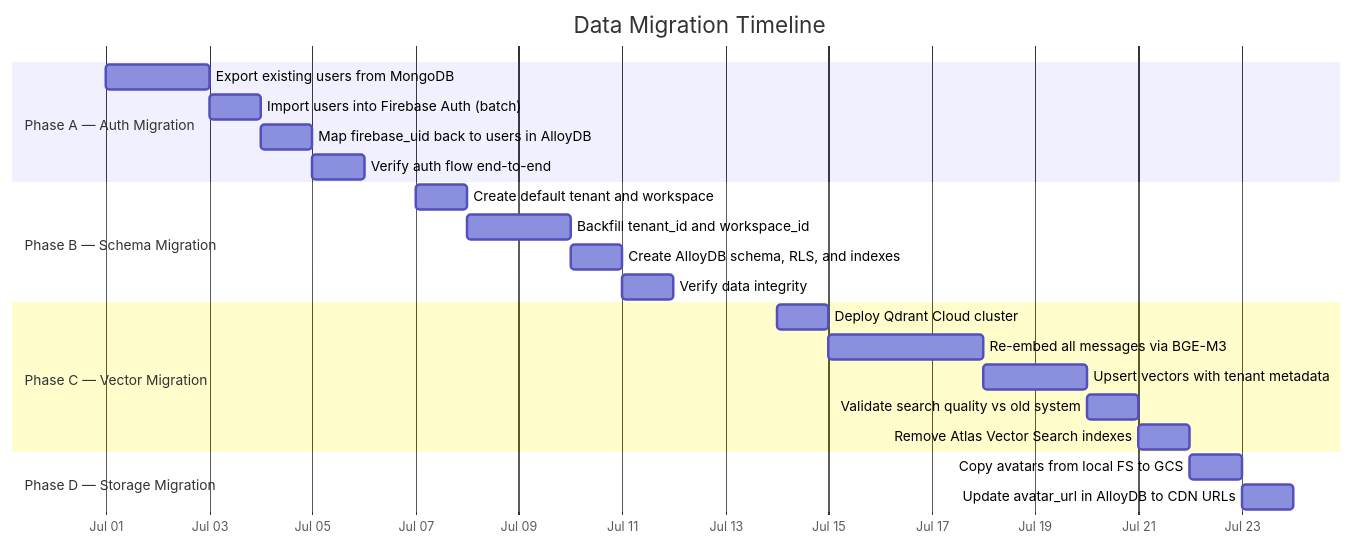
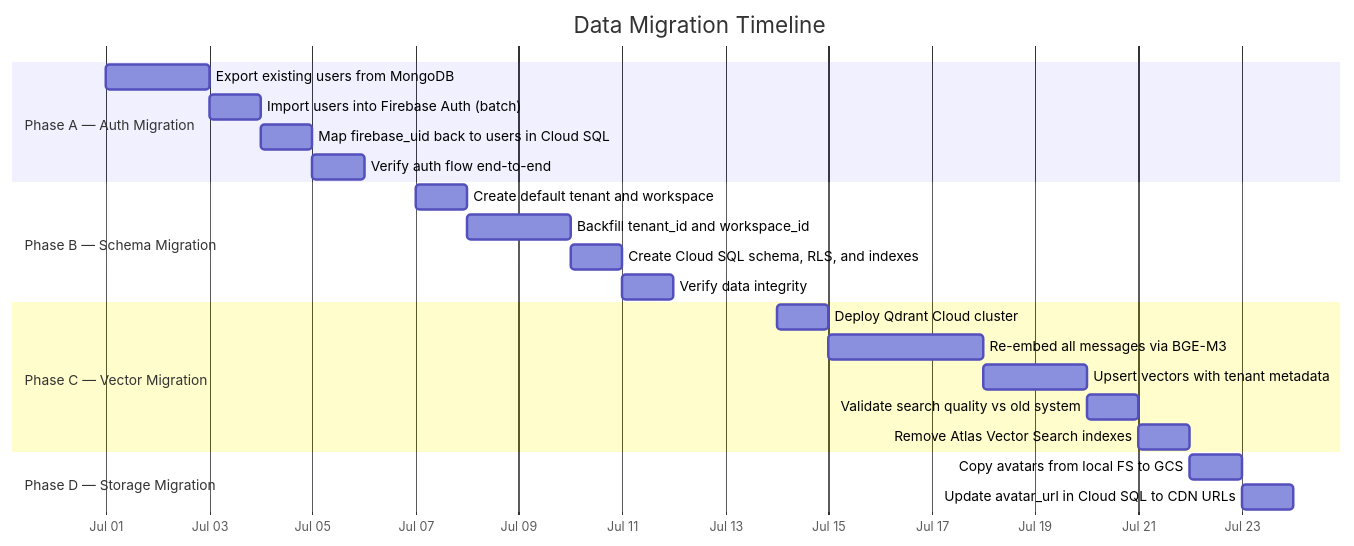
Diagram 22 of 24 in ARCHITECTURE.md (Nexus-chat-5039/Nexus-chat), drawn with Mermaid before and after one commit. The commit also changed other lines of this file and 38 other files, not shown here.

Commit message:
feat: implement minimal architecture with custom JWT auth

````diff
--- a/ARCHITECTURE.md
+++ b/ARCHITECTURE.md
@@ -1629,29 +1741,29 @@
 ```mermaid
 gantt
     title Data Migration Timeline
     dateFormat  YYYY-MM-DD
     axisFormat  %b %d
 
     section Phase A — Auth Migration
     Export existing users from MongoDB       :m1, 2026-07-01, 2d
     Import users into Firebase Auth (batch)  :m2, 2026-07-03, 1d
-    Map firebase_uid back to users in AlloyDB   :m3, 2026-07-04, 1d
+    Map firebase_uid back to users in Cloud SQL   :m3, 2026-07-04, 1d
     Verify auth flow end-to-end              :m4, 2026-07-05, 1d
 
     section Phase B — Schema Migration
     Create default tenant and workspace      :m5, 2026-07-07, 1d
     Backfill tenant_id and workspace_id      :m6, 2026-07-08, 2d
-    Create AlloyDB schema, RLS, and indexes               :m7, 2026-07-10, 1d
+    Create Cloud SQL schema, RLS, and indexes               :m7, 2026-07-10, 1d
     Verify data integrity                    :m8, 2026-07-11, 1d
 
     section Phase C — Vector Migration
     Deploy Qdrant Cloud cluster              :m9, 2026-07-14, 1d
     Re-embed all messages via BGE-M3         :m10, 2026-07-15, 3d
     Upsert vectors with tenant metadata      :m11, 2026-07-18, 2d
     Validate search quality vs old system    :m12, 2026-07-20, 1d
     Remove Atlas Vector Search indexes       :m13, 2026-07-21, 1d
 
     section Phase D — Storage Migration
     Copy avatars from local FS to GCS        :m14, 2026-07-22, 1d
-    Update avatar_url in AlloyDB to CDN URLs :m15, 2026-07-23, 1d
+    Update avatar_url in Cloud SQL to CDN URLs :m15, 2026-07-23, 1d
 ```
````
